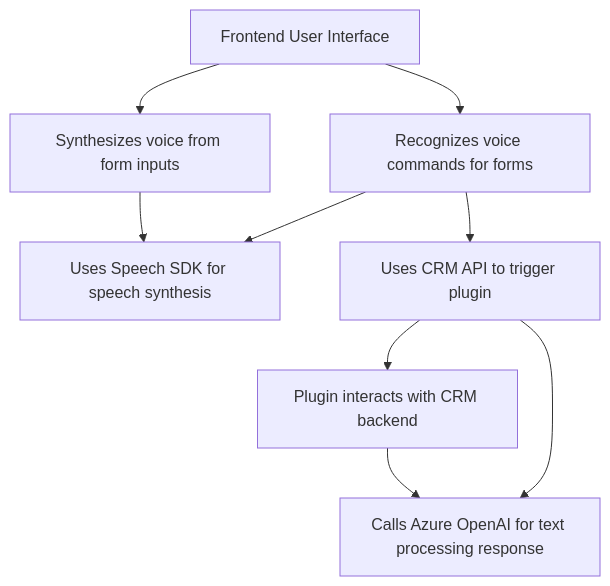
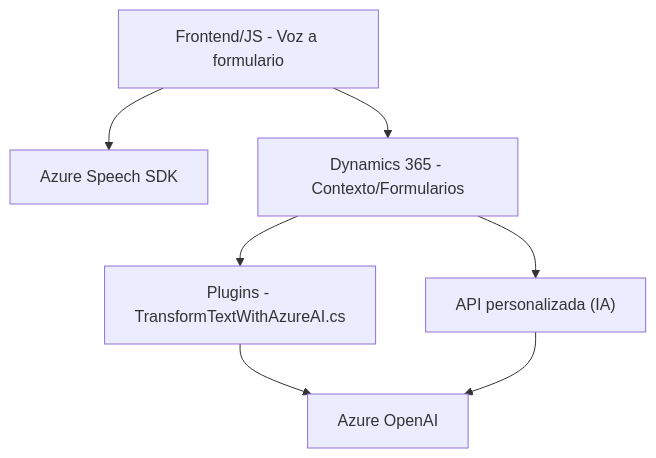
Before and after one commit to blopezdm/NETCORE_BILBAO2025: the diagram in README.md, drawn with Mermaid. The commit also changed other lines of this file, not shown here.

````diff
--- a/README.md
+++ b/README.md
@@ -29,19 +55,9 @@
 ```mermaid
 graph TD
-    A["Frontend User Interface"]
-    B["VoiceInputHandler.js - Speech SDK"]
-    C["speechForm.js - Text recognition"]
-    D["TransformTextWithAzureAI.cs - Plugin"]
-    E["Dynamics CRM Backend"]
-    F["Azure OpenAI Service"]
-    G["Azure Speech SDK"]
-
-    A --> B["Synthesizes voice from form inputs"]
-    A --> C["Recognizes voice commands for forms"]
-    B --> G["Uses Speech SDK for speech synthesis"]
-    C --> G
-    C --> D["Uses CRM API to trigger plugin"]
-    D --> E["Plugin interacts with CRM backend"]
-    D --> F["Calls Azure OpenAI for text processing response"]
-    E --> F
+    A["Frontend/JS - Voz a formulario"] --> B["Azure Speech SDK"]
+    A --> C["Dynamics 365 - Contexto/Formularios"]
+    C --> F["Plugins - TransformTextWithAzureAI.cs"]
+    C --> G["API personalizada (IA)"]
+    F --> H["Azure OpenAI"]
+    G --> H
 ```
````
